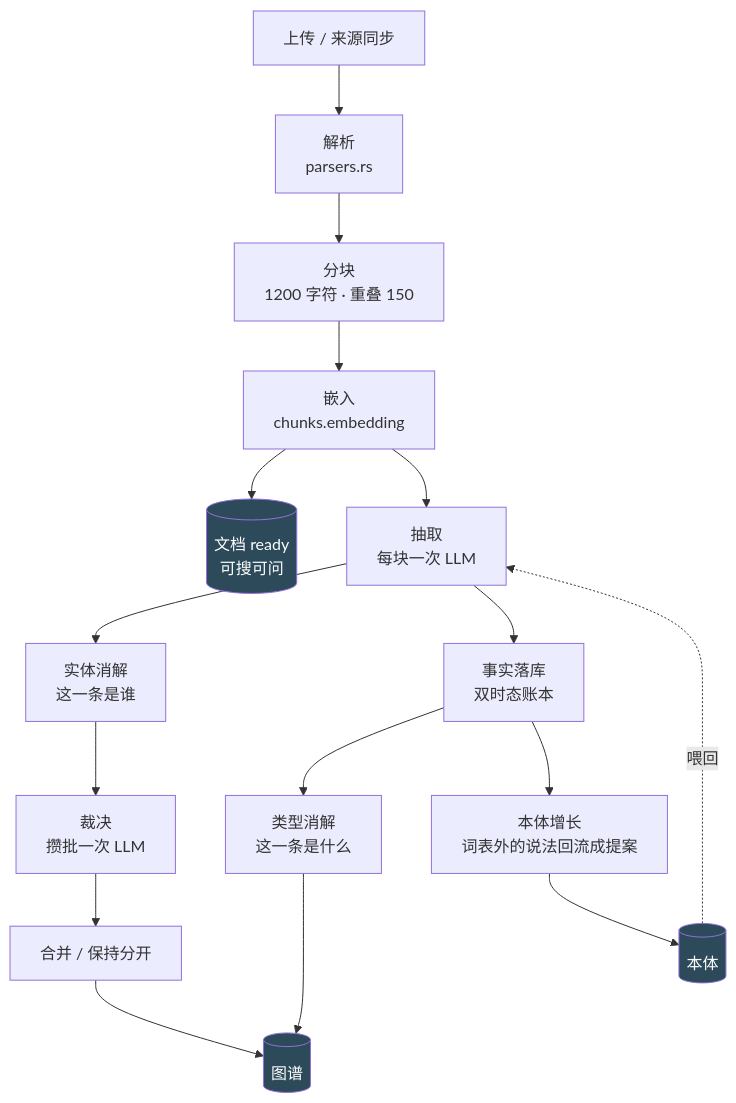
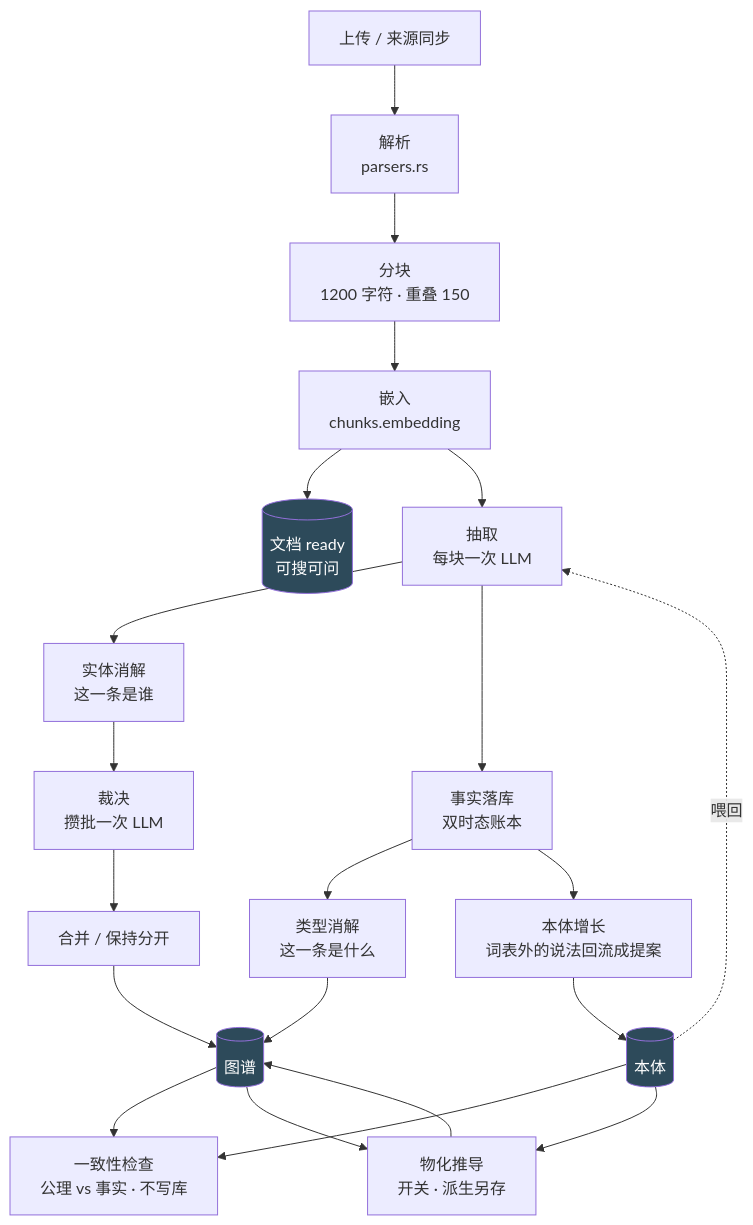
Before and after one commit to Danmushu/utopia: the first of 5 diagrams in docs/pipeline.md, drawn with Mermaid. The commit also changed other lines of this file and 30 other files, not shown here.

````diff
--- a/docs/pipeline.md
+++ b/docs/pipeline.md
@@ -12,22 +12,27 @@
 ```mermaid
 flowchart TB
     U[上传 / 来源同步] --> P[解析<br/>parsers.rs]
     P --> C[分块<br/>1200 字符 · 重叠 150]
     C --> E1[嵌入<br/>chunks.embedding]
     E1 --> RDY[(文档 ready<br/>可搜可问)]
     E1 --> X[抽取<br/>每块一次 LLM]
     X --> ENT[实体消解<br/>这一条是谁]
     X --> FCT[事实落库<br/>双时态账本]
     ENT --> ADJ[裁决<br/>攒批一次 LLM]
     ADJ --> MRG[合并 / 保持分开]
     FCT --> TR[类型消解<br/>这一条是什么]
     FCT --> GROW[本体增长<br/>词表外的说法回流成提案]
     MRG --> G[(图谱)]
     TR --> G
     GROW --> ONT[(本体)]
     ONT -.喂回.-> X
+    G --> R0[一致性检查<br/>公理 vs 事实 · 不写库]
+    ONT --> R0
+    G --> R1[物化推导<br/>开关 · 派生另存]
+    ONT --> R1
+    R1 --> G
 
     style RDY fill:#2d4a5a,color:#fff
     style G fill:#2d4a5a,color:#fff
     style ONT fill:#2d4a5a,color:#fff
 ```
````
